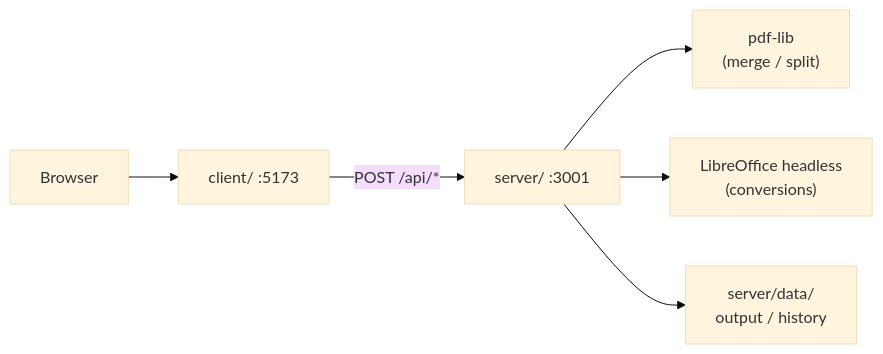
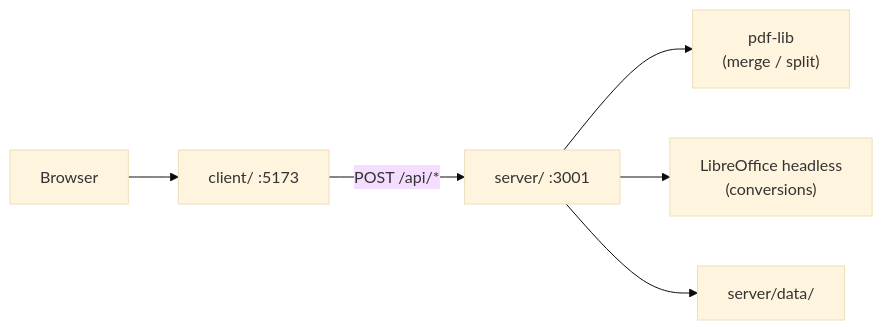
Before and after one commit to gonzaloeheredia/iLoveLh: the diagram in README.md, drawn with Mermaid (base theme). The commit also changed other lines of this file and 1 other file, not shown here.

````diff
--- a/README.md
+++ b/README.md
@@ -56,8 +38,8 @@
 ```mermaid
 flowchart LR
   Browser["Browser"] --> Client["client/ :5173"]
   Client -->|"POST /api/*"| Server["server/ :3001"]
   Server --> PdfLib["pdf-lib\n(merge / split)"]
   Server --> LibreOffice["LibreOffice headless\n(conversions)"]
-  Server --> Data["server/data/\noutput / history"]
+  Server --> Data["server/data/"]
 ```
````
